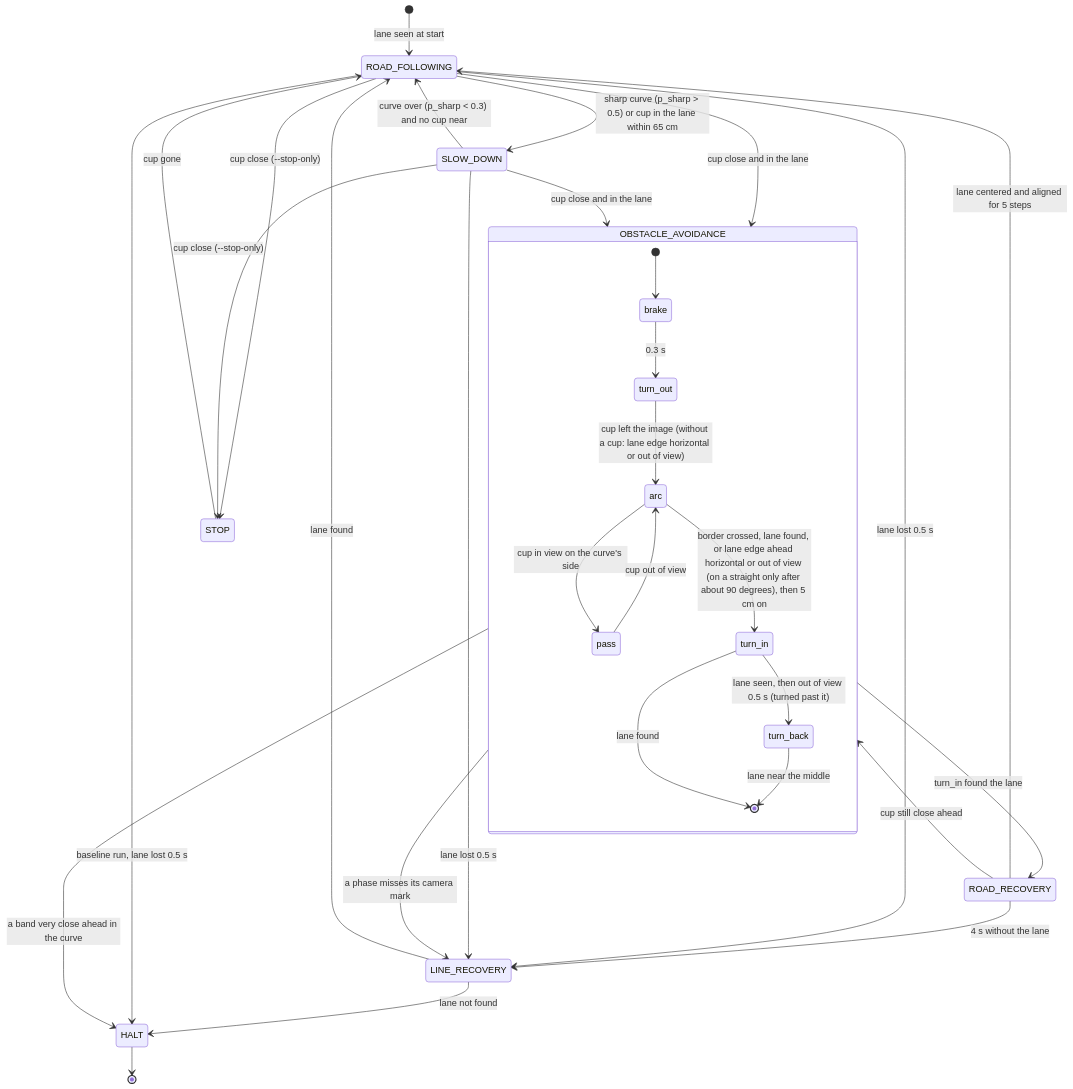
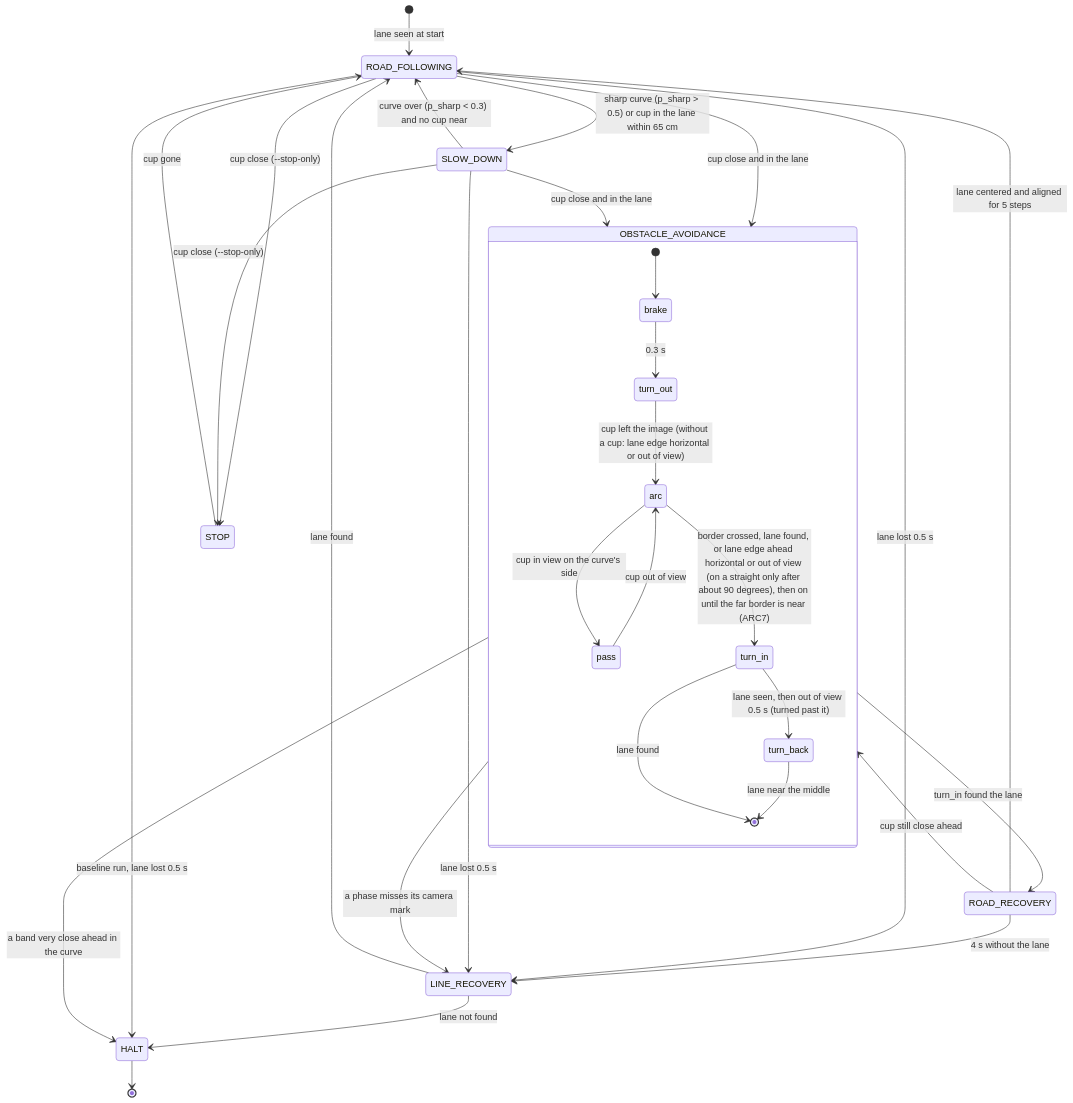
Before and after one commit to janniskrn/robotic-jetbot: the diagram in notebooks/mini_av/STATE_MACHINE.md, drawn with Mermaid. The commit also changed other lines of this file and 5 other files, not shown here.

Commit message:
Swerve: after the border crossing the turn in starts when the far border comes as near as from the lane's middle (ARC7, TAPE_MIDDLE_ROW 185/224), on a straight also before ARC_TURN_MIN; ARC_PAST only the latest turn in; offline only, 147 checks

````diff
--- a/notebooks/mini_av/STATE_MACHINE.md
+++ b/notebooks/mini_av/STATE_MACHINE.md
@@ -35,34 +35,34 @@
 ```mermaid
 stateDiagram-v2
     [*] --> ROAD_FOLLOWING: lane seen at start
     ROAD_FOLLOWING --> SLOW_DOWN: sharp curve (p_sharp > 0.5) or cup in the lane within 65 cm
     SLOW_DOWN --> ROAD_FOLLOWING: curve over (p_sharp < 0.3) and no cup near
     ROAD_FOLLOWING --> OBSTACLE_AVOIDANCE: cup close and in the lane
     SLOW_DOWN --> OBSTACLE_AVOIDANCE: cup close and in the lane
     state OBSTACLE_AVOIDANCE {
         [*] --> brake
         brake --> turn_out: 0.3 s
         turn_out --> arc: cup left the image (without a cup: lane edge horizontal or out of view)
         arc --> pass: cup in view on the curve's side
         pass --> arc: cup out of view
-        arc --> turn_in: border crossed, lane found, or lane edge ahead horizontal or out of view (on a straight only after about 90 degrees), then 5 cm on
+        arc --> turn_in: border crossed, lane found, or lane edge ahead horizontal or out of view (on a straight only after about 90 degrees), then on until the far border is near (ARC7)
         turn_in --> [*]: lane found
         turn_in --> turn_back: lane seen, then out of view 0.5 s (turned past it)
         turn_back --> [*]: lane near the middle
     }
     OBSTACLE_AVOIDANCE --> ROAD_RECOVERY: turn_in found the lane
     OBSTACLE_AVOIDANCE --> HALT: a band very close ahead in the curve
     ROAD_RECOVERY --> ROAD_FOLLOWING: lane centered and aligned for 5 steps
     ROAD_RECOVERY --> OBSTACLE_AVOIDANCE: cup still close ahead
     ROAD_RECOVERY --> LINE_RECOVERY: 4 s without the lane
     ROAD_FOLLOWING --> LINE_RECOVERY: lane lost 0.5 s
     SLOW_DOWN --> LINE_RECOVERY: lane lost 0.5 s
     OBSTACLE_AVOIDANCE --> LINE_RECOVERY: a phase misses its camera mark
     LINE_RECOVERY --> ROAD_FOLLOWING: lane found
     LINE_RECOVERY --> HALT: lane not found
     ROAD_FOLLOWING --> STOP: cup close (--stop-only)
     SLOW_DOWN --> STOP: cup close (--stop-only)
     STOP --> ROAD_FOLLOWING: cup gone
     ROAD_FOLLOWING --> HALT: baseline run, lane lost 0.5 s
     HALT --> [*]
 ```
````
